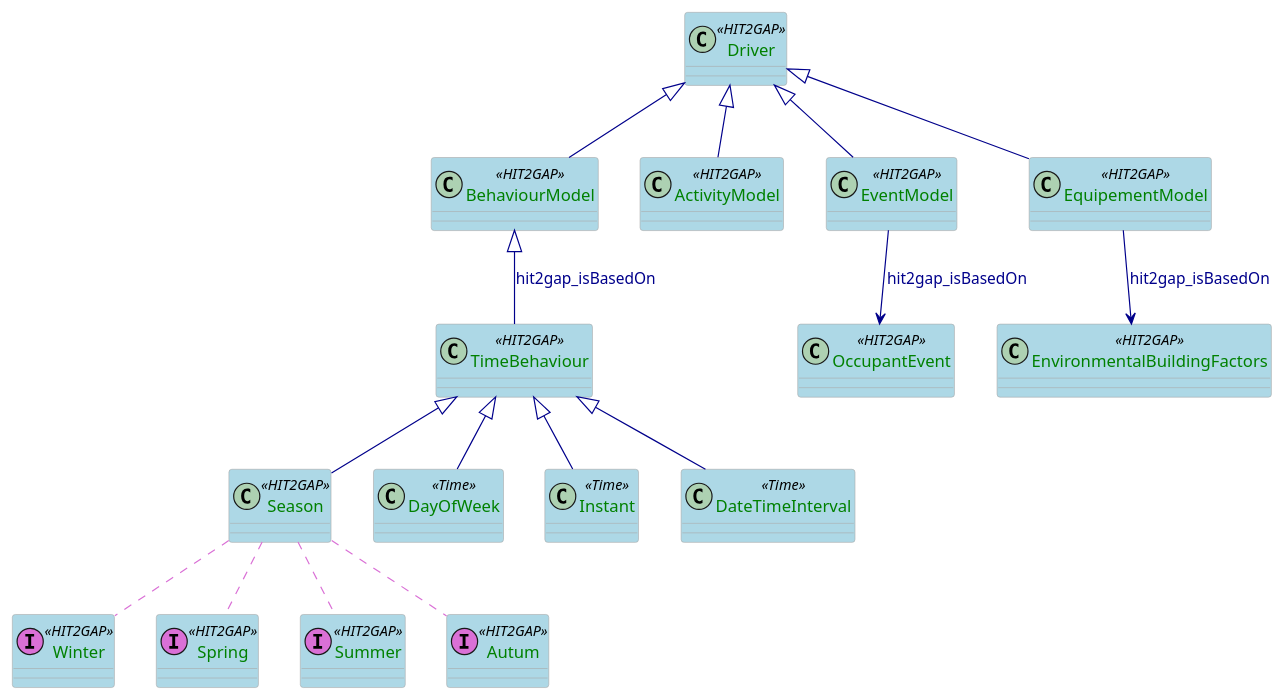
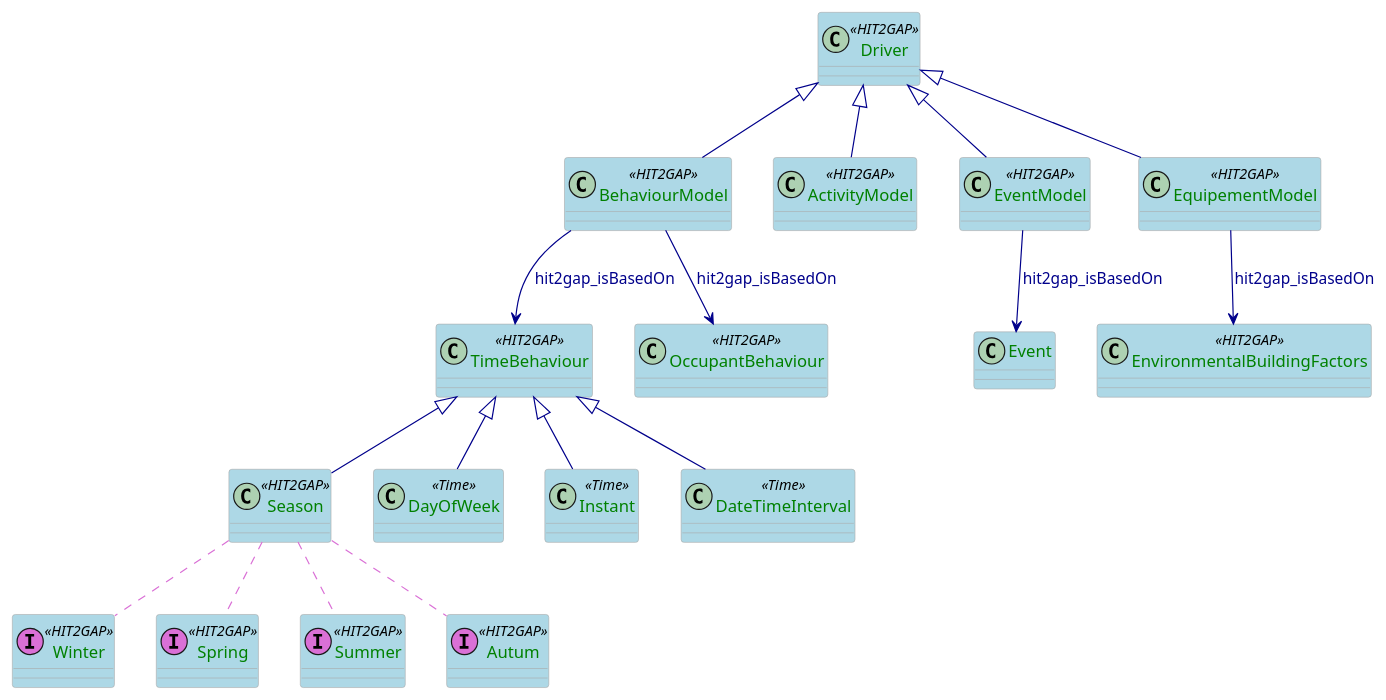
The diagram in docs/plantuml/DriversSpecificationModel.puml (HIT2GAP-EU-PROJECT/BEMOnt), drawn with PlantUML before and after one commit.

```diff
--- a/docs/plantuml/DriversSpecificationModel.puml
+++ b/docs/plantuml/DriversSpecificationModel.puml
@@ -1,84 +1,85 @@
 @startuml
 
 skinparam class {
   ArrowColor DarkBlue
   ArrowFontColor DarkBlue
   BackgroundColor LightBlue
   BorderColor DarkGrey
 }
 skinparam stereotypeCBackgroundColor Wheat
 skinparam classAttributeFontColor  Green
 
 class Driver <<HIT2GAP>>{
 
 }
 class BehaviourModel <<HIT2GAP>>{
 }
 class ActivityModel <<HIT2GAP>>{
 }
 
 class EventModel <<HIT2GAP>>{
 }
 
 class EquipementModel <<HIT2GAP>>{
 }
 class TimeBehaviour <<HIT2GAP>>{
 
 }
 
 class Season <<HIT2GAP>>{
 
 }
 
 class Winter <<(I,orchid) HIT2GAP>>{
 
 }
 class Spring <<(I,orchid) HIT2GAP>>{
 
 }
 class Summer <<(I,orchid) HIT2GAP>>{
 
 }
 class Autum <<(I,orchid) HIT2GAP>>{
 
 }
 
 class DayOfWeek <<Time>>{
 
 }
-class OccupantEvent<<HIT2GAP>>{
+class OccupantBehaviour<<HIT2GAP>>{
 
 }
 class EnvironmentalBuildingFactors <<HIT2GAP>>{
 
 }
 class Instant <<Time>>{
 
 }
 
 class DateTimeInterval <<Time>>{
 
 }
 
 
 
 Driver <|-- BehaviourModel
 Driver <|-- ActivityModel
 Driver <|-- EventModel
 Driver <|-- EquipementModel
 
-EventModel --> OccupantEvent:hit2gap_isBasedOn
+EventModel --> Event: hit2gap_isBasedOn 
 EquipementModel --> EnvironmentalBuildingFactors: hit2gap_isBasedOn
-BehaviourModel <|-- TimeBehaviour: hit2gap_isBasedOn
+BehaviourModel --> TimeBehaviour: hit2gap_isBasedOn
+BehaviourModel --> OccupantBehaviour:hit2gap_isBasedOn
 
 TimeBehaviour <|-- Season
 TimeBehaviour <|-- Instant
 TimeBehaviour <|-- DayOfWeek
 TimeBehaviour <|-- DateTimeInterval
 Season ..[#orchid] Winter
 Season..[#orchid] Summer
 Season..[#orchid] Spring
 Season..[#orchid] Autum
 
 
 @enduml
```
